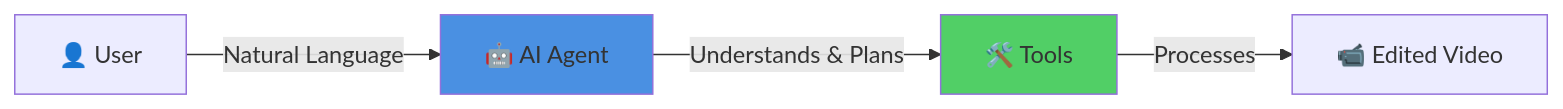
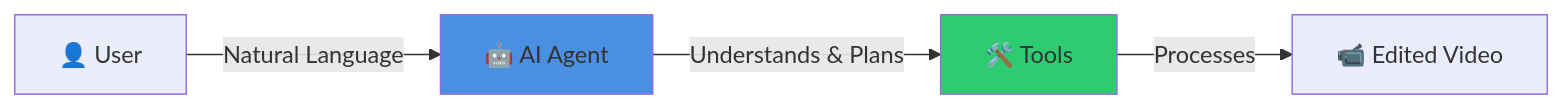
One commit to Omenranr/rag-video changed the second of 35 diagrams in README.md. Above: the diagram before and after it, drawn with Mermaid. The commit also changed other lines of this file, not shown here.

````diff
--- a/README.md
+++ b/README.md
@@ -52,9 +52,9 @@
 ```mermaid
 graph LR
     A[👤 User] -->|Natural Language| B[🤖 AI Agent]
     B -->|Understands & Plans| C[🛠️ Tools]
     C -->|Processes| D[📹 Edited Video]
     
     style B fill:#4a90e2
-    style C fill:#51cf66
+    style C fill:#2ecc71
 ```
````
